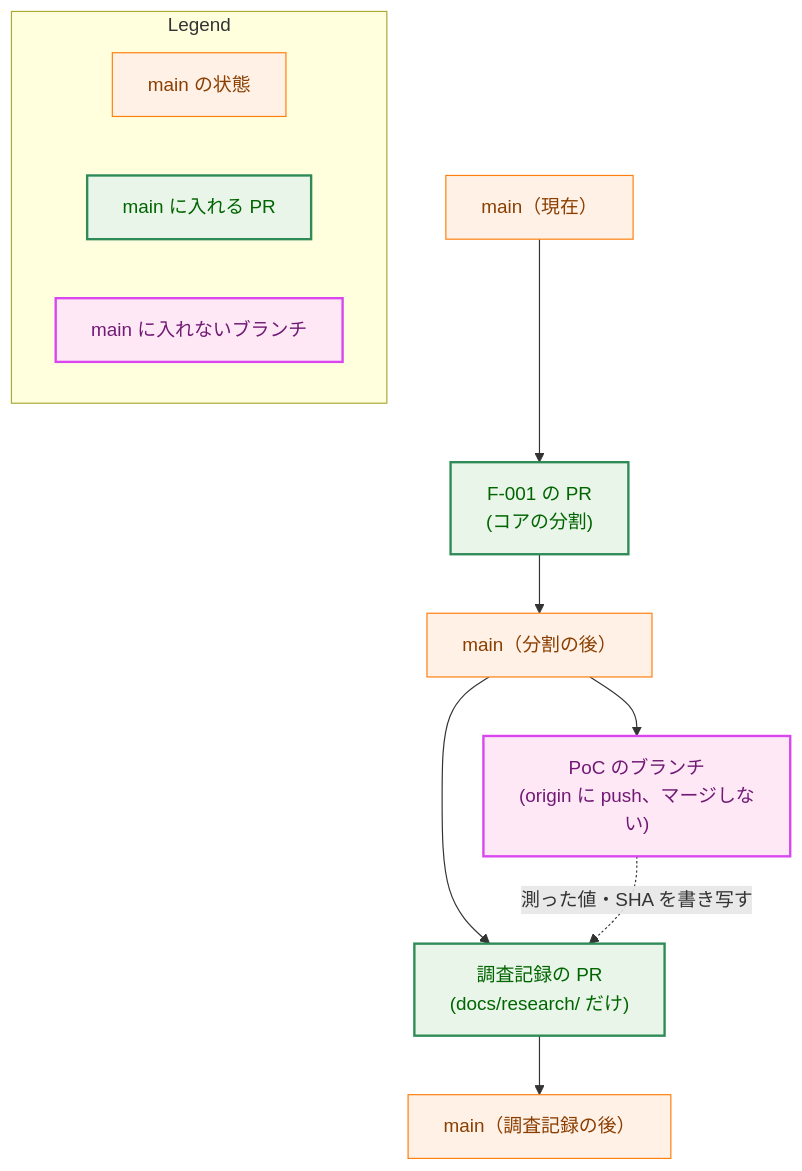
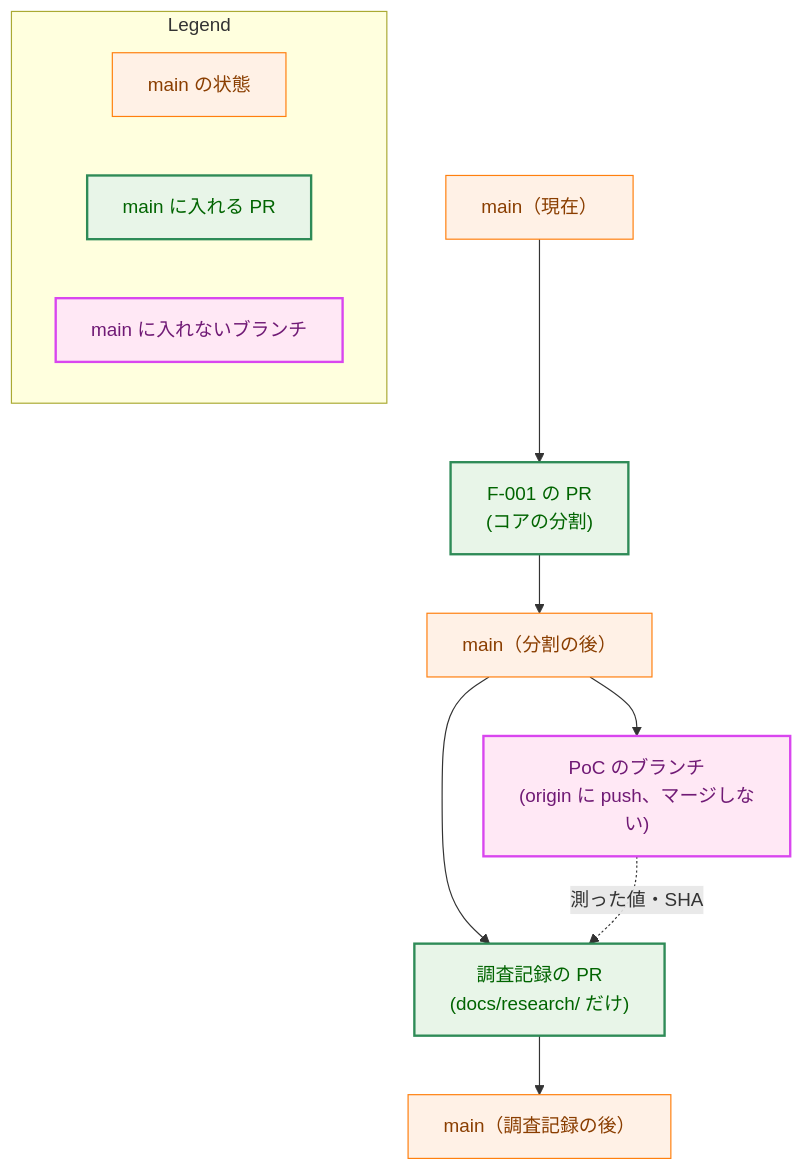
One commit to isseis/yt2column changed the second of 8 diagrams in docs/tasks/0084_wasm_pipeline_poc/02_architecture.md. Above: the diagram before and after it, drawn with Mermaid. The commit also changed other lines of this file and 2 other files, not shown here.

First line of the commit message:
docs(0084): address the architecture review and the Japanese prose pass

````diff
--- a/docs/tasks/0084_wasm_pipeline_poc/02_architecture.md
+++ b/docs/tasks/0084_wasm_pipeline_poc/02_architecture.md
@@ -89,32 +128,31 @@
 ```mermaid
 flowchart TD
-    classDef data fill:#e6f7ff,stroke:#1f77b4,stroke-width:1px,color:#0b3d91;
     classDef process fill:#fff1e6,stroke:#ff7f0e,stroke-width:1px,color:#8a3e00;
     classDef enhanced fill:#e8f5e8,stroke:#2e8b57,stroke-width:2px,color:#006400;
     classDef newpkg fill:#ffe8f5,stroke:#d946ef,stroke-width:2px,color:#701a75;
 
     MAIN0["main（現在）"]
     PR1["F-001 の PR<br>(コアの分割)"]
     MAIN1["main（分割の後）"]
     POCB["PoC のブランチ<br>(origin に push、マージしない)"]
     PR2["調査記録の PR<br>(docs/research/ だけ)"]
     MAIN2["main（調査記録の後）"]
 
     MAIN0 --> PR1 --> MAIN1
     MAIN1 --> POCB
     MAIN1 --> PR2 --> MAIN2
-    POCB -.->|"測った値・SHA を書き写す"| PR2
+    POCB -.->|"測った値・SHA"| PR2
 
     class MAIN0,MAIN1,MAIN2 process
     class PR1,PR2 enhanced
     class POCB newpkg
 
     subgraph Legend["Legend"]
         L1["main の状態"]
         L2["main に入れる PR"]
         L3["main に入れないブランチ"]
     end
     class L1 process
     class L2 enhanced
     class L3 newpkg
 ```
````
